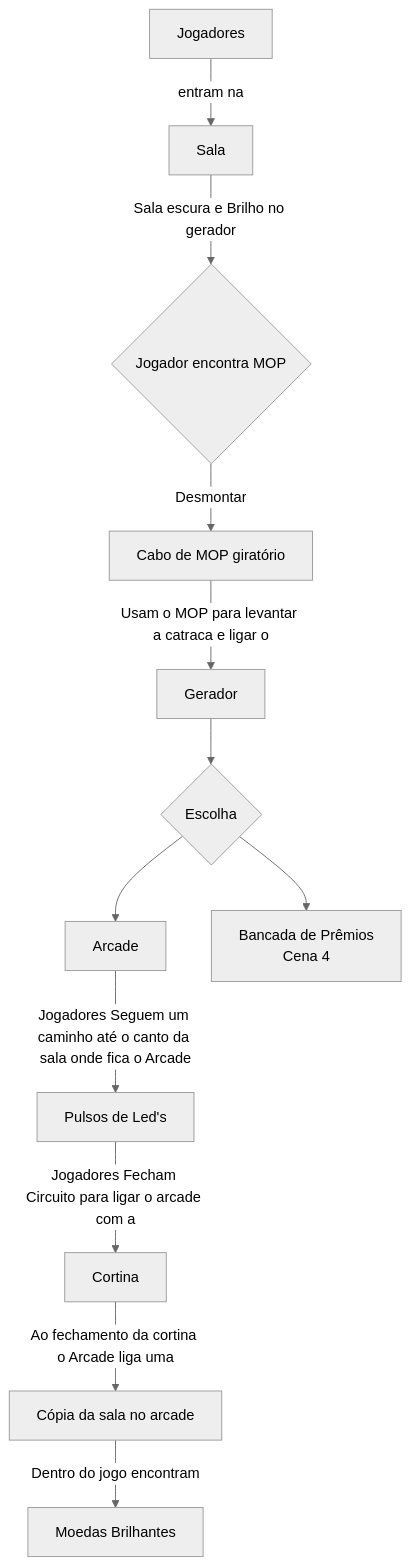
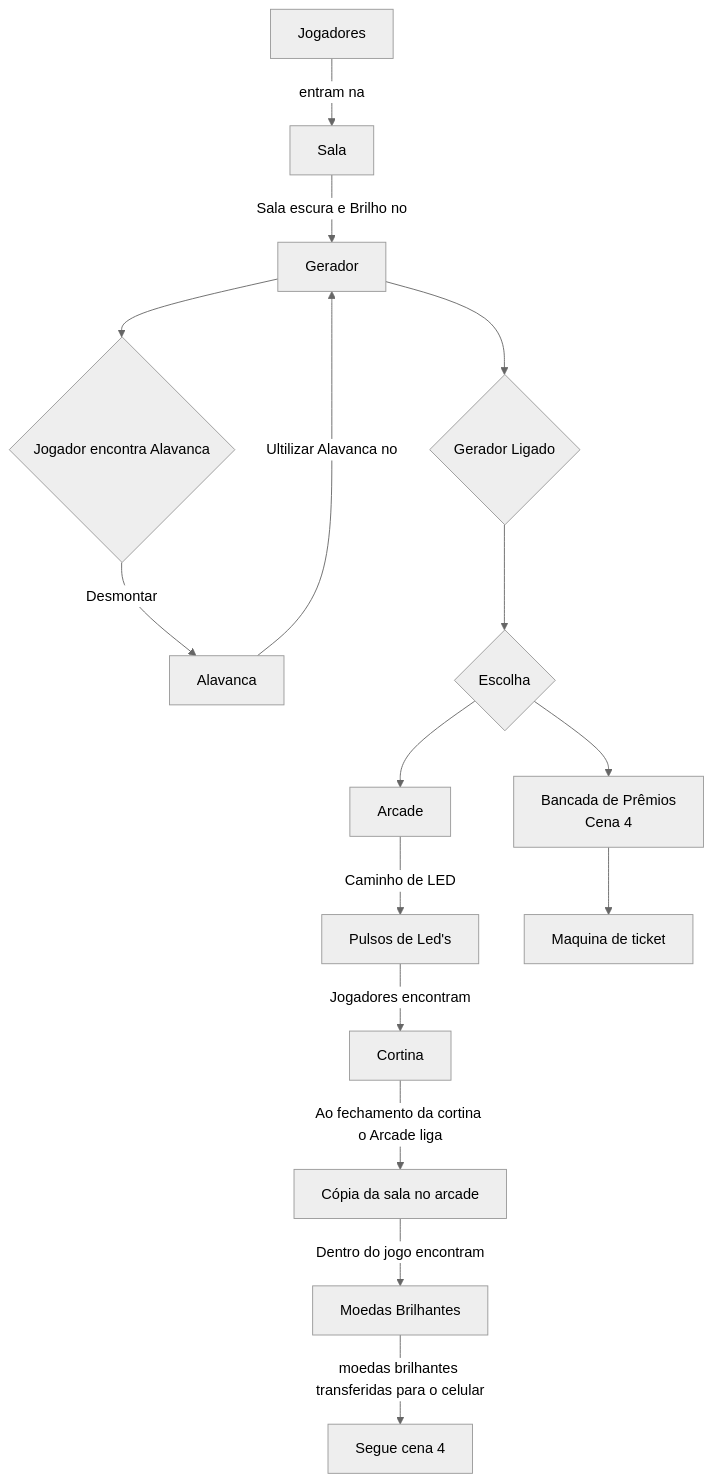
One commit to ifsc-sj-60808/escape-run changed the diagram in docs/Arquivos Fase 2/cena3.md. Above: the diagram before and after it, drawn with Mermaid (neutral theme). The commit also changed other lines of this file, not shown here.

Commit message:
Fluxograma Cena 3 Update

````diff
--- a/docs/Arquivos Fase 2/cena3.md
+++ b/docs/Arquivos Fase 2/cena3.md
@@ -7,37 +6,45 @@
 ```mermaid
 flowchart TD
 
 A[Jogadores]
 B[Sala]
 C[Gerador]
-D[Cabo de MOP giratório]
-E{Jogador encontra MOP}
+D[Alavanca]
+E{Jogador encontra Alavanca}
 F{Escolha}
 G[Arcade]
 H[Bancada de Prêmios
 Cena 4]
 I[Pulsos de Led's]
 J[Cortina]
 K[Cópia da sala no arcade]
 L[Moedas Brilhantes]
-
+P{Gerador Ligado}
+M[Segue cena 4]
+N[Maquina de ticket]
 
 
 
 A -->|entram na| B
-B --> |Sala escura e Brilho no gerador| E
+B --> |Sala escura e Brilho no | C
+C--> E
 --> |Desmontar| D
---> |Usam o MOP para levantar a catraca e ligar o | C
+--> |Ultilizar Alavanca no | C
+--> P
 --> F
 F --> G
 F --> H
-G --> |Jogadores Seguem um caminho até o canto da sala onde fica o Arcade| I 
- --> |Jogadores Fecham Circuito para ligar o arcade com a | J
-J --> |Ao fechamento da cortina o Arcade liga uma | K
+--> N
+G --> |Caminho de LED| I 
+ --> |Jogadores encontram | J
+J --> |Ao fechamento da cortina o Arcade liga  | K
 --> |Dentro do jogo encontram | L
+
+--> |moedas brilhantes transferidas para o celular| M
+
 
 
 
 
 
 ```
````
